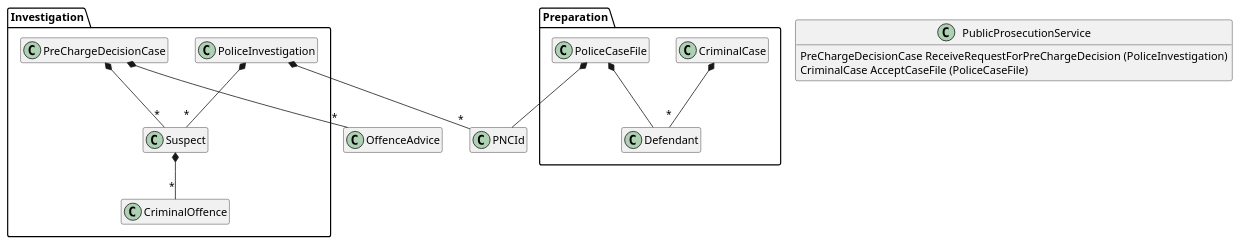
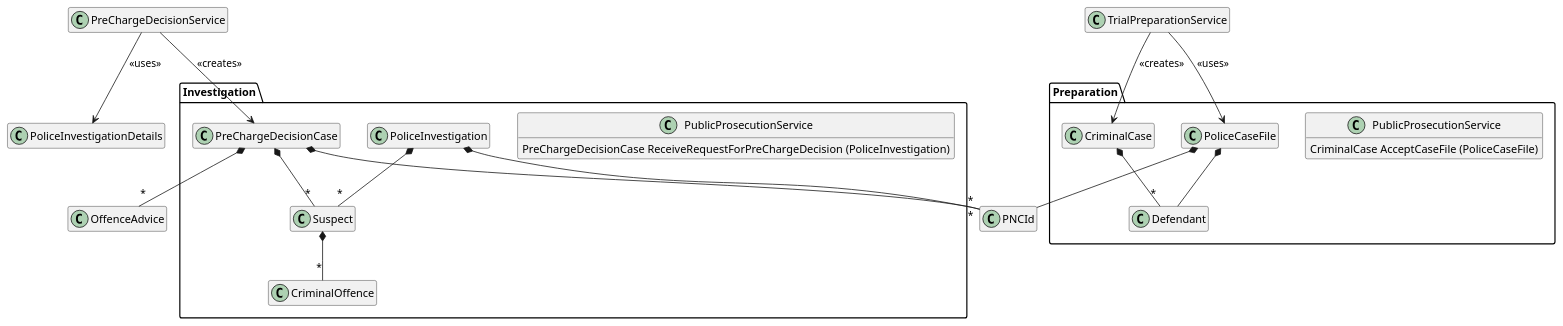
The diagram in docs/Domain-Model.puml (First-Steps-in-DDD-Community/first-steps-in-ddd-solutions-dotnet), drawn with PlantUML before and after one commit.

Commit message:
Extras - DOCS - Update the diagram to show split of PublicProsecutionService into PreChargeDecisionService and TrialPreparationService and associated relationship changes

```diff
--- a/docs/Domain-Model.puml
+++ b/docs/Domain-Model.puml
@@ -1,56 +1,69 @@
 @startuml
 hide empty members
 hide empty methods
 
 package Investigation {
+
+    class PublicProsecutionService {
+        PreChargeDecisionCase ReceiveRequestForPreChargeDecision (PoliceInvestigation)
+    }
 
     class CriminalOffence {
     }
 
     class PoliceInvestigation {
     }
 
     class PreChargeDecisionCase {
     }
 
     class Suspect {
     }
 
 }
 
 package Preparation {
+
+    class PublicProsecutionService {
+        CriminalCase AcceptCaseFile (PoliceCaseFile)
+    }
+
     class CriminalCase {
     }
 
     class Defendant {
     }
 
     class PoliceCaseFile {
     }
 }
 
 class PNCId {
-}
-
-class PublicProsecutionService {
-    PreChargeDecisionCase ReceiveRequestForPreChargeDecision (PoliceInvestigation)
-    CriminalCase AcceptCaseFile (PoliceCaseFile)
 }
 
 Suspect *-- "*" CriminalOffence
 
 PoliceCaseFile *-- PNCId
 
 PoliceCaseFile *-- Defendant
 
 PoliceInvestigation *-- "*" Suspect
 
 PoliceInvestigation *-- "*" PNCId
 
 PreChargeDecisionCase *-- "*" Suspect
 
+PreChargeDecisionCase *-- "*" PNCId
+
 PreChargeDecisionCase *-- "*" OffenceAdvice
 
 CriminalCase *-- "*" Defendant
 
+PreChargeDecisionService --> PreChargeDecisionCase : <<creates>>
+
+PreChargeDecisionService --> PoliceInvestigationDetails : <<uses>>
+
+TrialPreparationService --> CriminalCase : <<creates>>
+
+TrialPreparationService --> PoliceCaseFile : <<uses>>
 @enduml
```
